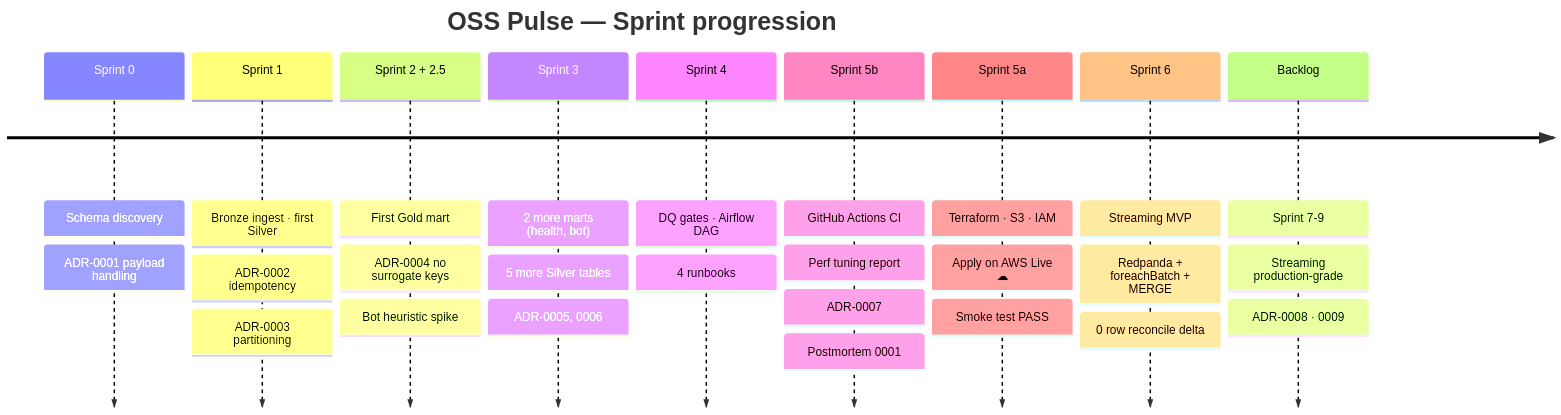
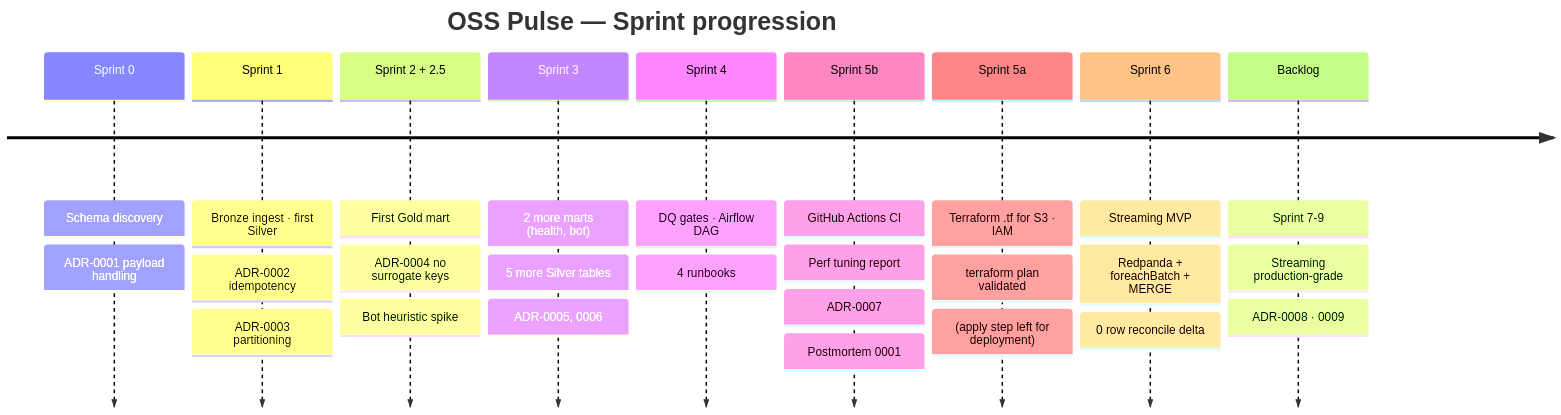
The eighth of 8 diagrams in README.md (MistFall-Wang/oss-pulse), drawn with Mermaid before and after one commit. The commit also changed other lines of this file, not shown here.

````diff
--- a/README.md
+++ b/README.md
@@ -525,30 +487,30 @@
 ```mermaid
 timeline
     title OSS Pulse — Sprint progression
     Sprint 0 : Schema discovery
              : ADR-0001 payload handling
     Sprint 1 : Bronze ingest · first Silver
              : ADR-0002 idempotency
              : ADR-0003 partitioning
     Sprint 2 + 2.5 : First Gold mart
                    : ADR-0004 no surrogate keys
                    : Bot heuristic spike
     Sprint 3 : 2 more marts (health, bot)
              : 5 more Silver tables
              : ADR-0005, 0006
     Sprint 4 : DQ gates · Airflow DAG
              : 4 runbooks
     Sprint 5b : GitHub Actions CI
               : Perf tuning report
               : ADR-0007
               : Postmortem 0001
-    Sprint 5a : Terraform · S3 · IAM
-              : Apply on AWS Live ☁
-              : Smoke test PASS
+    Sprint 5a : Terraform .tf for S3 · IAM
+              : terraform plan validated
+              : (apply step left for deployment)
     Sprint 6 : Streaming MVP
              : Redpanda + foreachBatch + MERGE
              : 0 row reconcile delta
     Backlog : Sprint 7-9
             : Streaming production-grade
             : ADR-0008 · 0009
 ```
````
